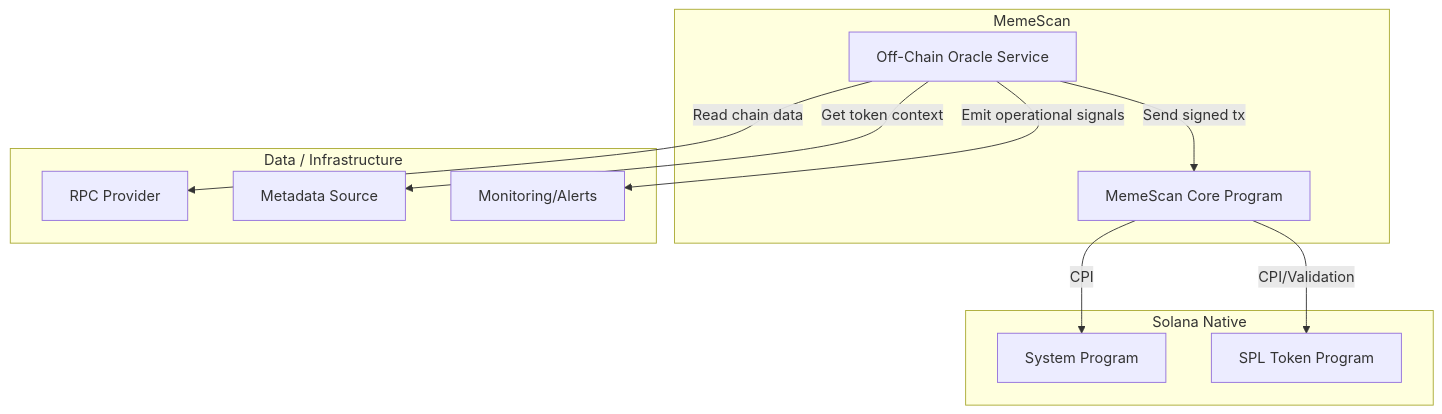
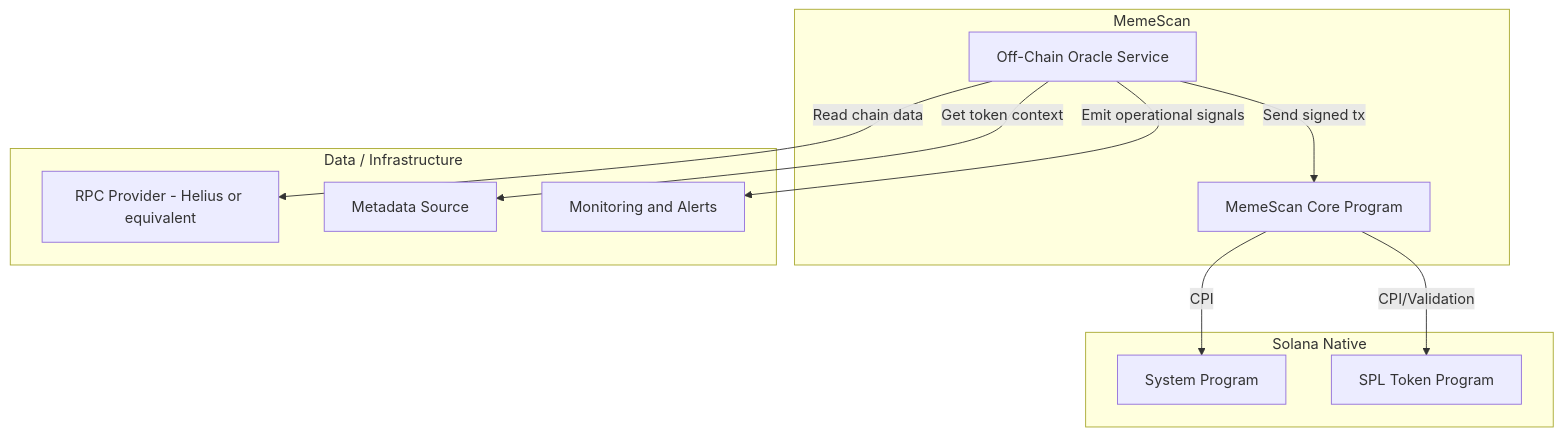
One commit to kushwahramkumar2003/meme-scan changed the fourth of 8 diagrams in Arc.md. Above: the diagram before and after it, drawn with Mermaid. The commit also changed other lines of this file, not shown here.

````diff
--- a/Arc.md
+++ b/Arc.md
@@ -94,25 +94,25 @@
 ```mermaid
 graph TB
     subgraph "MemeScan"
-        CORE[MemeScan Core Program]
-        ORC[Off-Chain Oracle Service]
+        CORE["MemeScan Core Program"]
+        ORC["Off-Chain Oracle Service"]
     end
 
     subgraph "Solana Native"
-        SYS[System Program]
-        SPL[SPL Token Program]
+        SYS["System Program"]
+        SPL["SPL Token Program"]
     end
 
     subgraph "Data / Infrastructure"
-        RPC[RPC Provider]
-        META[Metadata Source]
-        MON[Monitoring/Alerts]
+        RPC["RPC Provider - Helius or equivalent"]
+        META["Metadata Source"]
+        MON["Monitoring and Alerts"]
     end
 
     ORC -->|Read chain data| RPC
     ORC -->|Get token context| META
     ORC -->|Emit operational signals| MON
     ORC -->|Send signed tx| CORE
     CORE -->|CPI| SYS
     CORE -->|CPI/Validation| SPL
 ```
````
